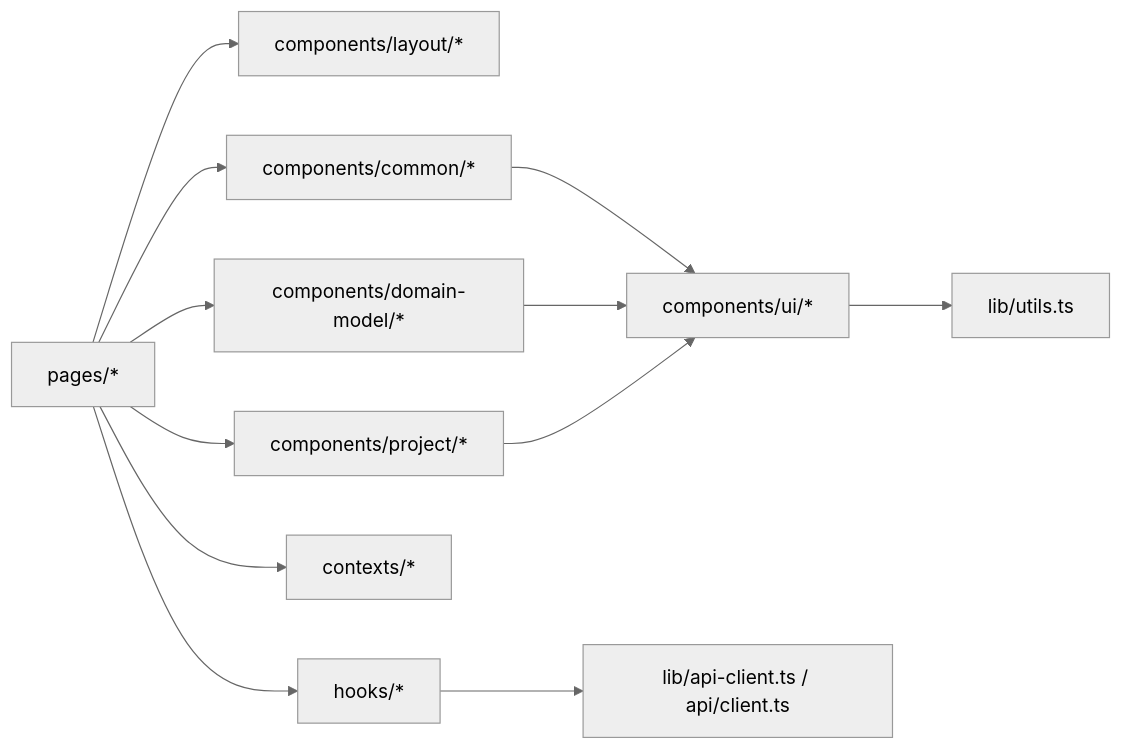
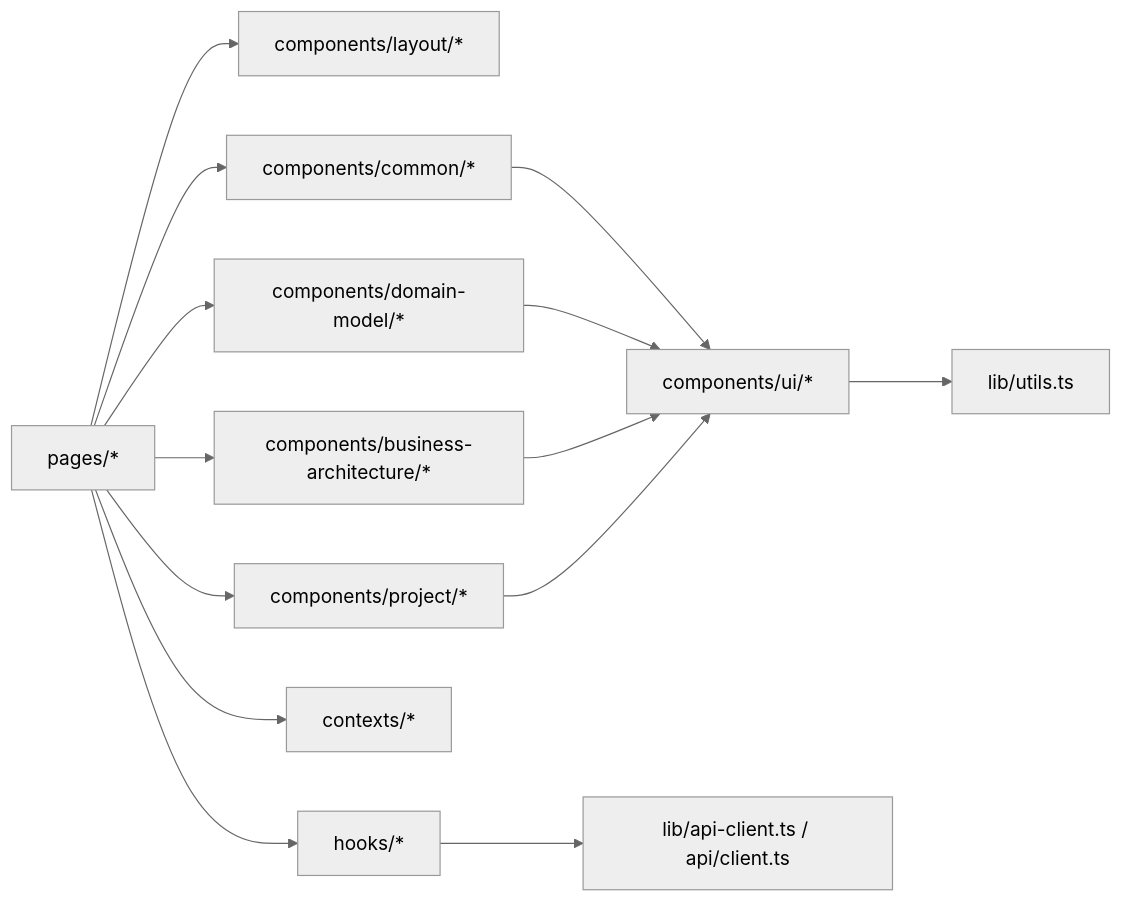
One commit to kai-cui1/ai-prototype-manager changed the ninth of 9 diagrams in .qoder/repowiki/zh/content/前端开发/前端开发.md. Above: the diagram before and after it, drawn with Mermaid (neutral theme). The commit also changed other lines of this file and 295 other files, not shown here.

````diff
--- a/.qoder/repowiki/zh/content/前端开发/前端开发.md
+++ b/.qoder/repowiki/zh/content/前端开发/前端开发.md
@@ -791,14 +938,16 @@
 ```mermaid
 graph LR
 PAGES["pages/*"] --> LAYOUT["components/layout/*"]
 PAGES --> COMMON["components/common/*"]
 PAGES --> DOMAIN["components/domain-model/*"]
+PAGES --> BUSINESS_ARCH["components/business-architecture/*"]
 PAGES --> PROJECT["components/project/*"]
 COMMON --> UI["components/ui/*"]
 DOMAIN --> UI
+BUSINESS_ARCH --> UI
 PROJECT --> UI
 UI --> UTILS["lib/utils.ts"]
 PAGES --> CTX["contexts/*"]
 PAGES --> HOOKS["hooks/*"]
 HOOKS --> API["lib/api-client.ts / api/client.ts"]
 ```
````
